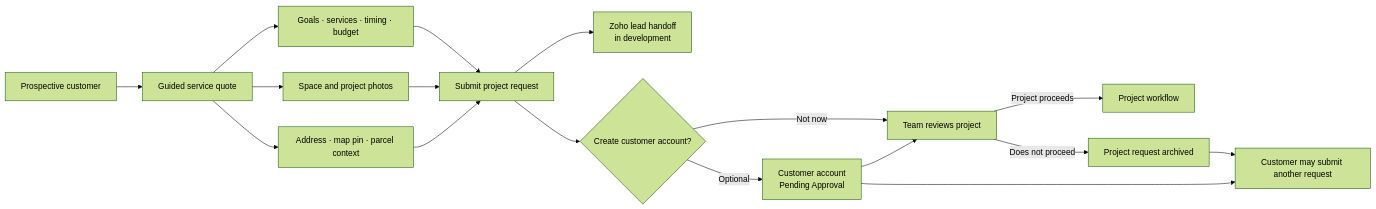
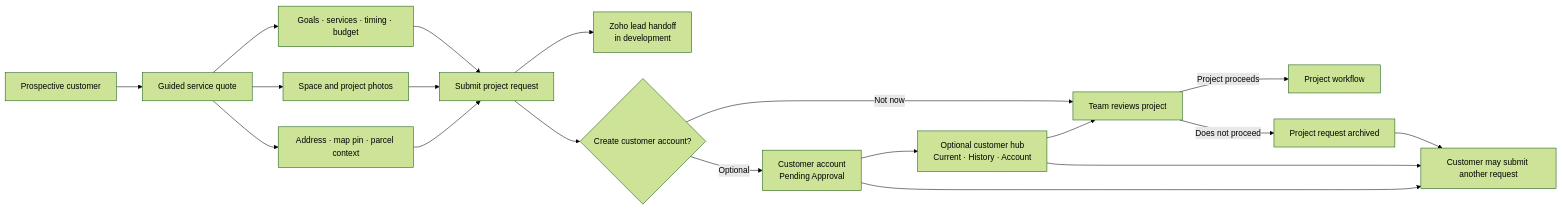
The first of 3 diagrams in README.md (RawPowered/PowerPortals-Showcase), drawn with Mermaid (forest theme) before and after one commit. The commit also changed other lines of this file, not shown here.

Commit message:
Show tabbed customer hub in product journey

````diff
--- a/README.md
+++ b/README.md
@@ -45,19 +45,21 @@
 ```mermaid
 flowchart LR
     CUSTOMER[Prospective customer] --> INTAKE[Guided service quote]
     INTAKE --> NEEDS[Goals · services · timing · budget]
     INTAKE --> MEDIA[Space and project photos]
     INTAKE --> PROPERTY[Address · map pin · parcel context]
     NEEDS --> SUBMIT[Submit project request]
     MEDIA --> SUBMIT
     PROPERTY --> SUBMIT
     SUBMIT --> LEAD[Zoho lead handoff<br/>in development]
     SUBMIT --> ACCOUNT{Create customer account?}
     ACCOUNT -->|Optional| PENDING[Customer account<br/>Pending Approval]
     ACCOUNT -->|Not now| REVIEW[Team reviews project]
-    PENDING --> REVIEW
+    PENDING --> HUB[Optional customer hub<br/>Current · History · Account]
+    HUB --> REVIEW
     REVIEW -->|Project proceeds| ACTIVE[Project workflow]
     REVIEW -->|Does not proceed| ARCHIVE[Project request archived]
     ARCHIVE --> NEW[Customer may submit another request]
+    HUB --> NEW
     PENDING --> NEW
 ```
````
